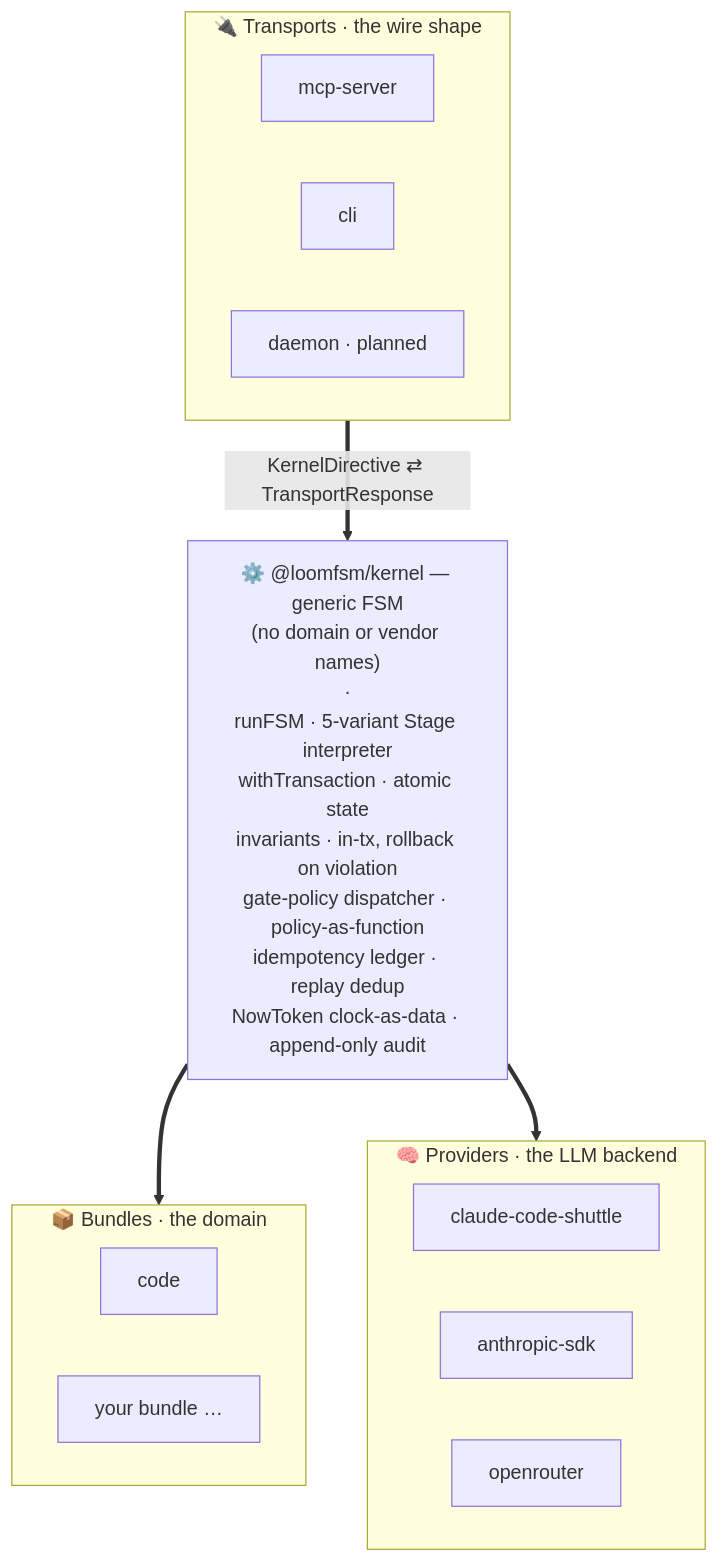
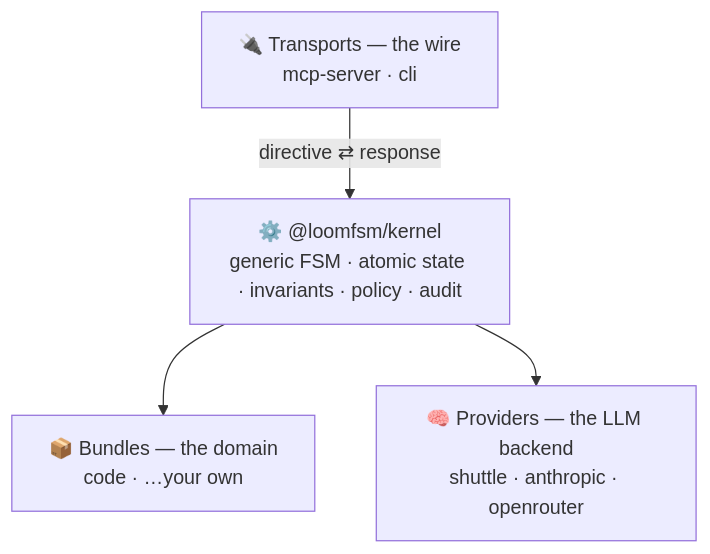
The second of 2 diagrams in README.md (teaarte/loom), drawn with Mermaid before and after one commit. The commit also changed other lines of this file, not shown here.

Commit message:
docs(readme): simplify diagrams — compact phase strip + clean 4-box architecture
Shrink the task flow to a single-row phase strip (gates moved to the caption),
and reduce the architecture diagram to four readable boxes (transports, kernel,
bundles, providers) instead of one overloaded kernel node with nested subgraphs.

````diff
--- a/README.md
+++ b/README.md
@@ -154,28 +150,10 @@
 ```mermaid
 flowchart TB
-    subgraph Transports["🔌 Transports · the wire shape"]
-        direction LR
-        MCP["mcp-server"]
-        CLI["cli"]
-        DMN["daemon · planned"]
-    end
-
-    KERNEL["⚙️ @loomfsm/kernel — generic FSM<br/>(no domain or vendor names)<br/>·<br/>runFSM · 5-variant Stage interpreter<br/>withTransaction · atomic state<br/>invariants · in-tx, rollback on violation<br/>gate-policy dispatcher · policy-as-function<br/>idempotency ledger · replay dedup<br/>NowToken clock-as-data · append-only audit"]
-
-    subgraph Bundles["📦 Bundles · the domain"]
-        direction LR
-        CODE["code"]
-        YOURS["your bundle …"]
-    end
-
-    subgraph Providers["🧠 Providers · the LLM backend"]
-        direction LR
-        SH["claude-code-shuttle"]
-        AN["anthropic-sdk"]
-        OR["openrouter"]
-    end
-
-    Transports ==>|"KernelDirective ⇄ TransportResponse"| KERNEL
-    KERNEL ==> Bundles
-    KERNEL ==> Providers
+    T["🔌 Transports — the wire<br/>mcp-server · cli"]
+    K["⚙️ @loomfsm/kernel<br/>generic FSM · atomic state · invariants · policy · audit"]
+    B["📦 Bundles — the domain<br/>code · …your own"]
+    P["🧠 Providers — the LLM backend<br/>shuttle · anthropic · openrouter"]
+    T -->|"directive ⇄ response"| K
+    K --> B
+    K --> P
 ```
````
